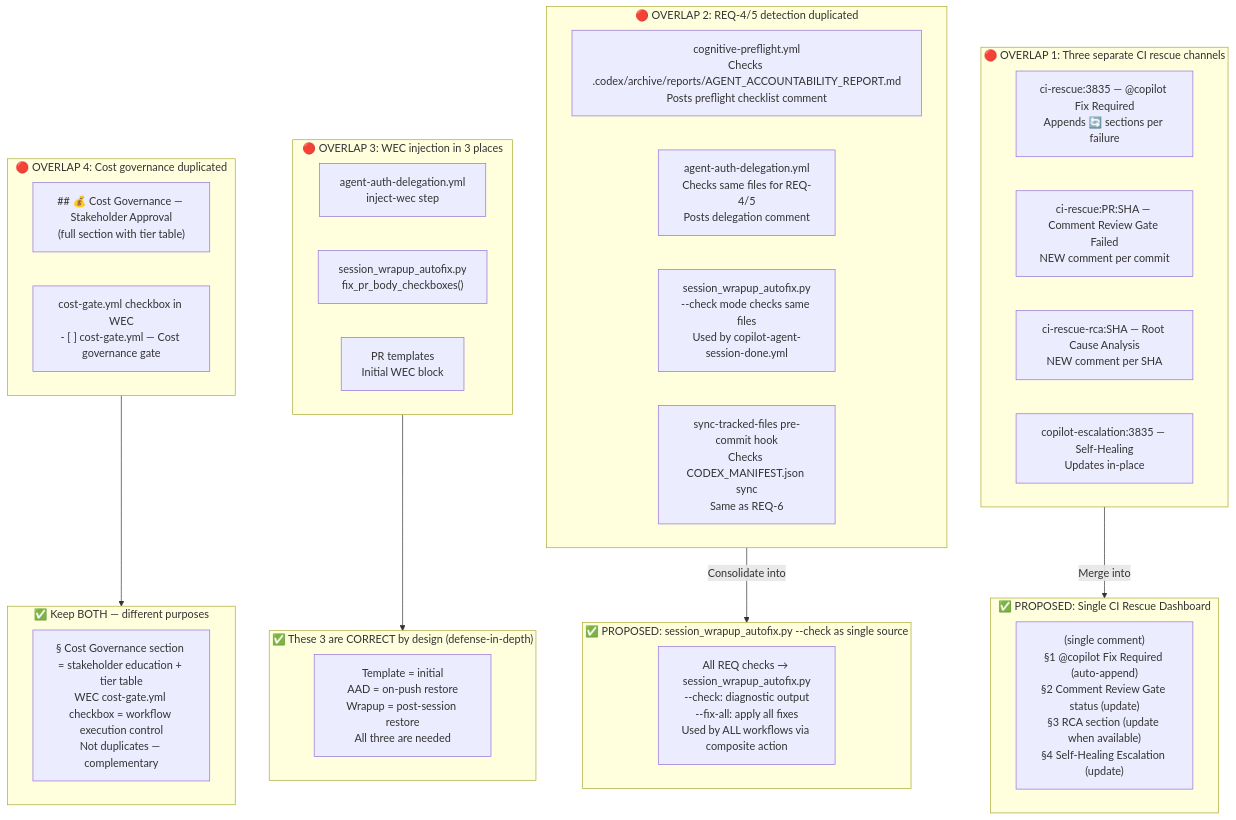
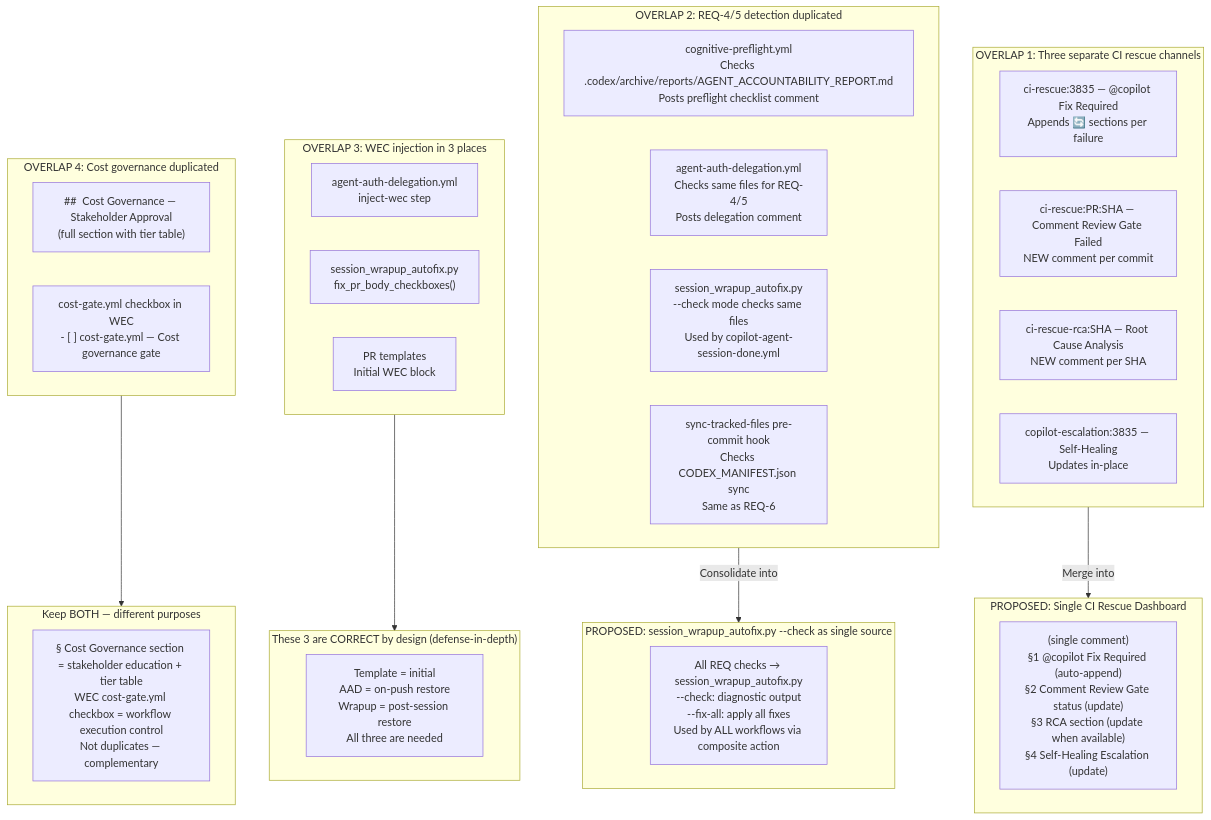
The sixth of 9 diagrams in docs/workflows/PR_COMMENT_LIFECYCLE.md (Aries-Serpent/_codex_), drawn with Mermaid before and after one commit. The commit also changed other lines of this file and 2029 other files, not shown here.

````diff
--- a/docs/workflows/PR_COMMENT_LIFECYCLE.md
+++ b/docs/workflows/PR_COMMENT_LIFECYCLE.md
@@ -230,52 +232,52 @@
 ```mermaid
-%%{init: {'accessibility': {'title': 'Flowchart showing "🔴 OVERLAP 1: Three separate CI rescue channels", "ci-rescue:3835 — @copilot Fix Required\nAppends 🔄 sections per failure"'}}%%
+%%{init: {'accessibility': {'title': 'Flowchart showing " OVERLAP 1: Three separate CI rescue channels", "ci-rescue:3835 — @copilot Fix Required\nAppends 🔄 sections per failure"'}}%%
 flowchart TD
-    subgraph OVERLAP_1["🔴 OVERLAP 1: Three separate CI rescue channels"]
+    subgraph OVERLAP_1[" OVERLAP 1: Three separate CI rescue channels"]
         CR1["ci-rescue:3835 — @copilot Fix Required\nAppends 🔄 sections per failure"]
         CR2["ci-rescue:PR:SHA — Comment Review Gate Failed\nNEW comment per commit"]
         CR3["ci-rescue-rca:SHA — Root Cause Analysis\nNEW comment per SHA"]
         COP_ESC["copilot-escalation:3835 — Self-Healing\nUpdates in-place"]
     end
 
-    subgraph CONSOLIDATE_1["✅ PROPOSED: Single CI Rescue Dashboard"]
+    subgraph CONSOLIDATE_1[" PROPOSED: Single CI Rescue Dashboard"]
         UNIFIED["<!-- ci-rescue:PR --> (single comment)\n§1 @copilot Fix Required (auto-append)\n§2 Comment Review Gate status (update)\n§3 RCA section (update when available)\n§4 Self-Healing Escalation (update)"]
     end
 
     OVERLAP_1 --> |"Merge into"| CONSOLIDATE_1
 
-    subgraph OVERLAP_2["🔴 OVERLAP 2: REQ-4/5 detection duplicated"]
+    subgraph OVERLAP_2[" OVERLAP 2: REQ-4/5 detection duplicated"]
         WF1["cognitive-preflight.yml\nChecks .codex/archive/reports/AGENT_ACCOUNTABILITY_REPORT.md\nPosts preflight checklist comment"]
         WF2["agent-auth-delegation.yml\nChecks same files for REQ-4/5\nPosts delegation comment"]
         WF3["session_wrapup_autofix.py\n--check mode checks same files\nUsed by copilot-agent-session-done.yml"]
         WF4["sync-tracked-files pre-commit hook\nChecks CODEX_MANIFEST.json sync\nSame as REQ-6"]
     end
 
-    subgraph CONSOLIDATE_2["✅ PROPOSED: session_wrapup_autofix.py --check as single source"]
+    subgraph CONSOLIDATE_2[" PROPOSED: session_wrapup_autofix.py --check as single source"]
         UNIFIED2["All REQ checks → session_wrapup_autofix.py\n--check: diagnostic output\n--fix-all: apply all fixes\nUsed by ALL workflows via composite action"]
     end
 
     OVERLAP_2 --> |"Consolidate into"| CONSOLIDATE_2
 
-    subgraph OVERLAP_3["🔴 OVERLAP 3: WEC injection in 3 places"]
+    subgraph OVERLAP_3[" OVERLAP 3: WEC injection in 3 places"]
         INJ1["agent-auth-delegation.yml\ninject-wec step"]
         INJ2["session_wrapup_autofix.py\nfix_pr_body_checkboxes()"]
         INJ3["PR templates\nInitial WEC block"]
     end
 
-    subgraph CONSOLIDATE_3["✅ These 3 are CORRECT by design (defense-in-depth)"]
+    subgraph CONSOLIDATE_3[" These 3 are CORRECT by design (defense-in-depth)"]
         LAYERED["Template = initial\nAAD = on-push restore\nWrapup = post-session restore\nAll three are needed"]
     end
 
     OVERLAP_3 --> CONSOLIDATE_3
 
-    subgraph OVERLAP_4["🔴 OVERLAP 4: Cost governance duplicated"]
-        COST1["## 💰 Cost Governance — Stakeholder Approval\n(full section with tier table)"]
+    subgraph OVERLAP_4[" OVERLAP 4: Cost governance duplicated"]
+        COST1["##  Cost Governance — Stakeholder Approval\n(full section with tier table)"]
         COST2["cost-gate.yml checkbox in WEC\n- [ ] cost-gate.yml — Cost governance gate"]
     end
 
-    subgraph CONSOLIDATE_4["✅ Keep BOTH — different purposes"]
+    subgraph CONSOLIDATE_4[" Keep BOTH — different purposes"]
         KEEP["§ Cost Governance section = stakeholder education + tier table\nWEC cost-gate.yml checkbox = workflow execution control\nNot duplicates — complementary"]
     end
 
     OVERLAP_4 --> CONSOLIDATE_4
 ```
````
